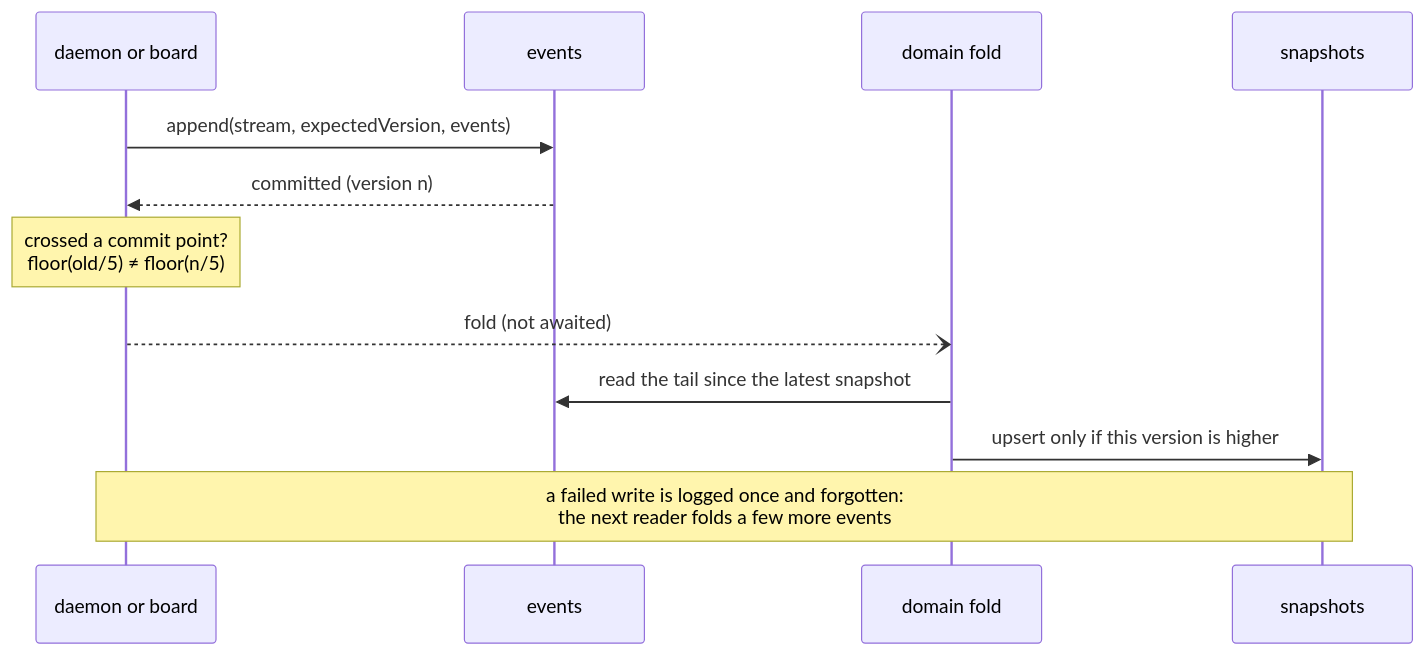
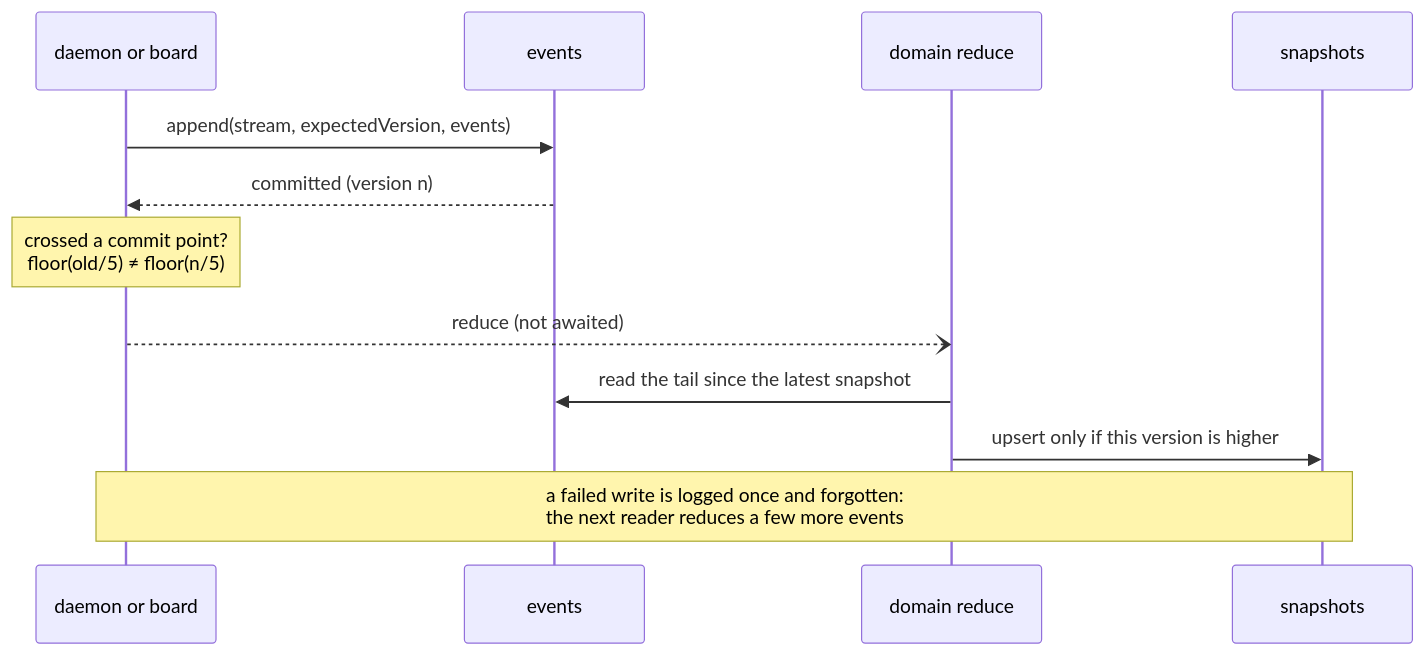
Before and after one commit to steven-zhc/lingtai: the third of 4 diagrams in doc/design/one-fold-per-stream.md, drawn with Mermaid. The commit also changed other lines of this file and 310 other files, not shown here.

````diff
--- a/doc/design/one-fold-per-stream.md
+++ b/doc/design/one-fold-per-stream.md
@@ -73,14 +73,14 @@
 ```mermaid
 sequenceDiagram
   participant P as daemon or board
   participant L as events
-  participant D as domain fold
+  participant D as domain reduce
   participant S as snapshots
   P->>L: append(stream, expectedVersion, events)
   L-->>P: committed (version n)
   Note over P: crossed a commit point?<br/>floor(old/5) ≠ floor(n/5)
-  P--)D: fold (not awaited)
+  P--)D: reduce (not awaited)
   D->>L: read the tail since the latest snapshot
   D->>S: upsert only if this version is higher
-  Note over P,S: a failed write is logged once and forgotten:<br/>the next reader folds a few more events
+  Note over P,S: a failed write is logged once and forgotten:<br/>the next reader reduces a few more events
 ```
````
